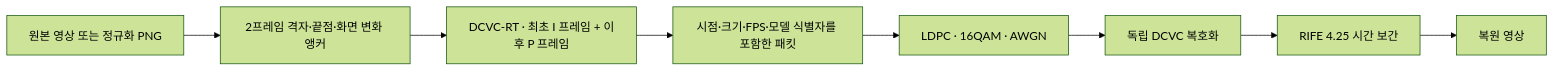
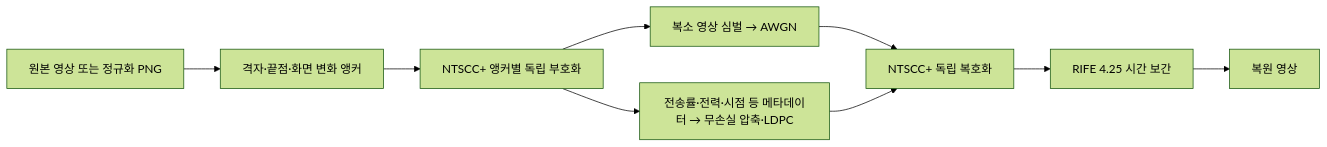
Before and after one commit to SangukBae/semantic_transmission: the diagram in README.md, drawn with Mermaid (forest theme). The commit also changed other lines of this file and 3 other files, not shown here.

````diff
--- a/README.md
+++ b/README.md
@@ -9,10 +9,11 @@
 ```mermaid
 flowchart LR
-    V[원본 영상 또는 정규화 PNG] --> A[2프레임 격자·끝점·화면 변화 앵커]
-    A --> C[DCVC-RT · 최초 I 프레임 + 이후 P 프레임]
-    C --> T[시점·크기·FPS·모델 식별자를 포함한 패킷]
-    T --> W[LDPC · 16QAM · AWGN]
-    W --> D[독립 DCVC 복호화]
+    V[원본 영상 또는 정규화 PNG] --> A[격자·끝점·화면 변화 앵커]
+    A --> C[NTSCC+ 앵커별 독립 부호화]
+    C --> W[복소 영상 심벌 → AWGN]
+    C --> M[전송률·전력·시점 등 메타데이터 → 무손실 압축·LDPC]
+    W --> D[NTSCC+ 독립 복호화]
+    M --> D
     D --> R[RIFE 4.25 시간 보간]
     R --> O[복원 영상]
 ```
````
